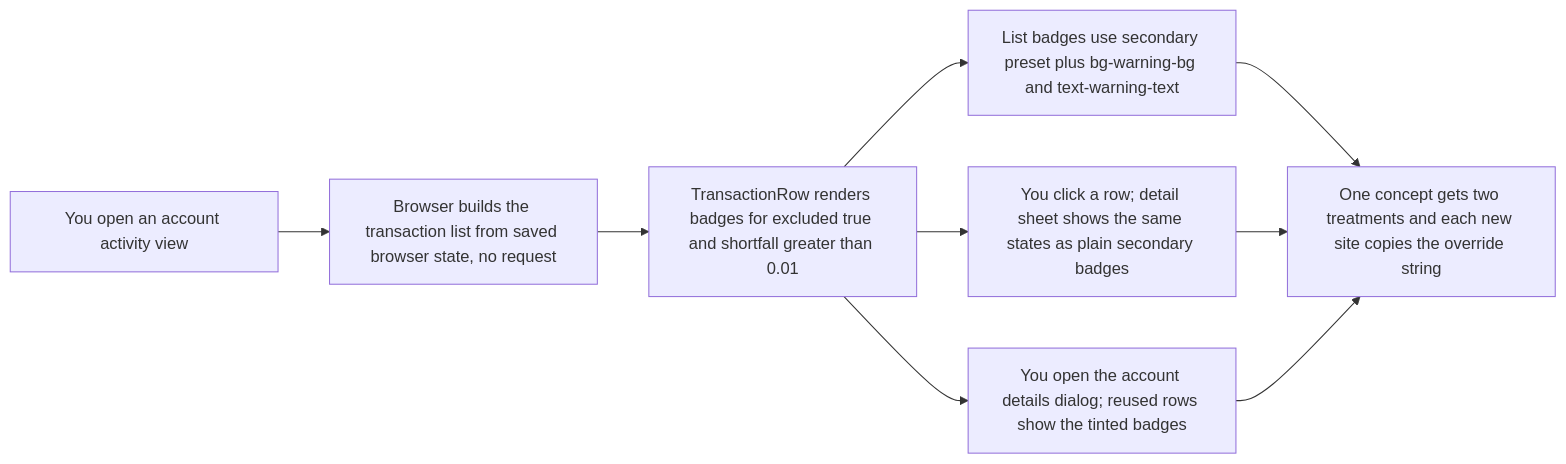
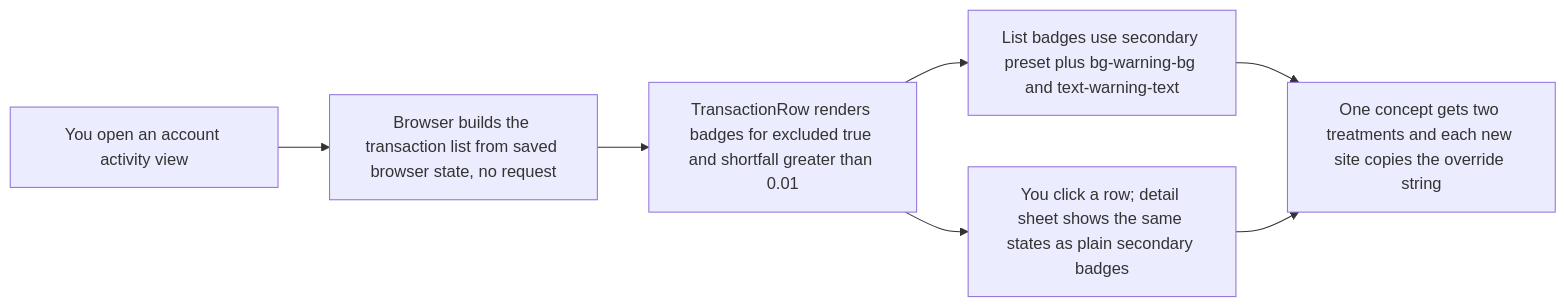
The first of 2 diagrams in audit-findings/111-warning-badge-owner.md (SimHoZebs/net-worth-estimator), drawn with Mermaid before and after one commit. The commit also changed other lines of this file and 92 other files, not shown here.

````diff
--- a/audit-findings/111-warning-badge-owner.md
+++ b/audit-findings/111-warning-badge-owner.md
@@ -16,11 +16,9 @@
 ```mermaid
 flowchart LR
   A[You open an account activity view] --> B[Browser builds the transaction list from saved browser state, no request]
   B --> C[TransactionRow renders badges for excluded true and shortfall greater than 0.01]
   C --> D[List badges use secondary preset plus bg-warning-bg and text-warning-text]
   C --> E[You click a row; detail sheet shows the same states as plain secondary badges]
-  C --> F[You open the account details dialog; reused rows show the tinted badges]
   D --> G[One concept gets two treatments and each new site copies the override string]
   E --> G
-  F --> G
 ```
````
